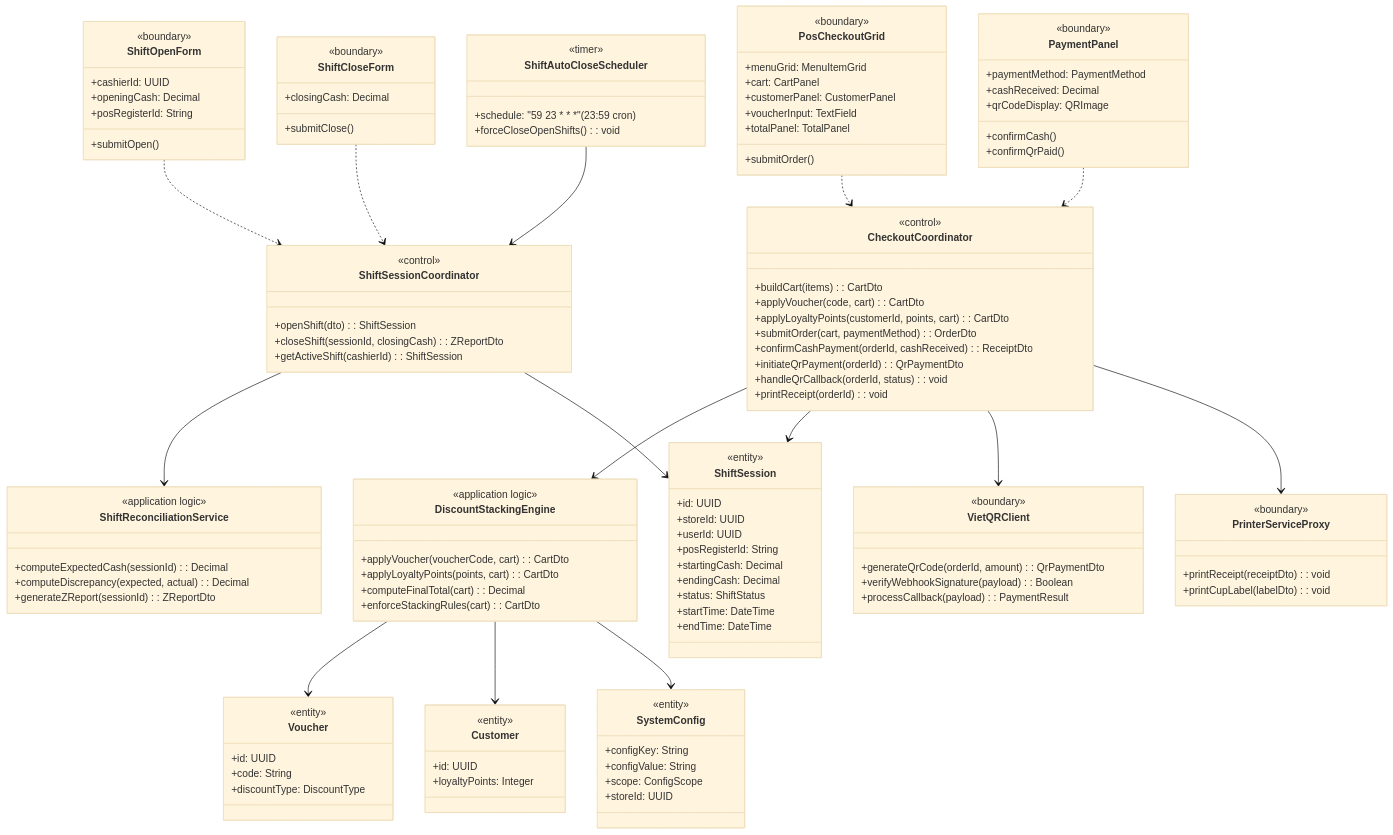
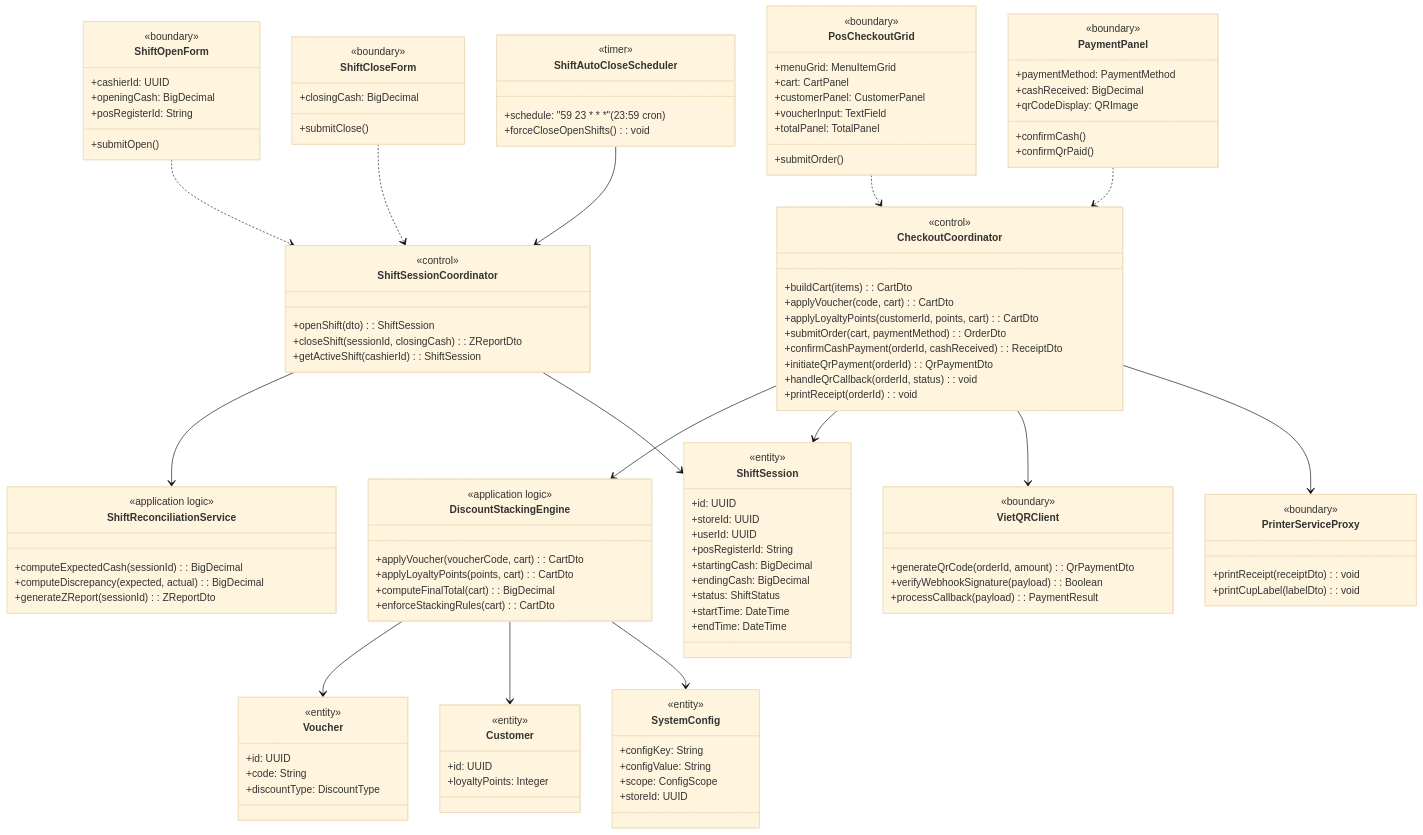
Before and after one commit to Shaichi/Khoga_coffe_shop: the first of 6 diagrams in rds_sections/10_detailed_3_7_pos_transaction.md, drawn with Mermaid (base theme). The commit also changed other lines of this file and 13 other files, not shown here.

Commit message:
docs(rds): Update User entity fields and change Decimal to BigDecimal

```diff
--- a/rds_sections/10_detailed_3_7_pos_transaction.md
+++ b/rds_sections/10_detailed_3_7_pos_transaction.md
@@ -11,7 +11,7 @@
     class ShiftOpenForm {
         <<boundary>>
         +cashierId: UUID
-        +openingCash: Decimal
+        +openingCash: BigDecimal
         +posRegisterId: String
         +submitOpen()
     }
@@ -27,14 +27,14 @@
     class PaymentPanel {
         <<boundary>>
         +paymentMethod: PaymentMethod
-        +cashReceived: Decimal
+        +cashReceived: BigDecimal
         +qrCodeDisplay: QRImage
         +confirmCash()
         +confirmQrPaid()
     }
     class ShiftCloseForm {
         <<boundary>>
-        +closingCash: Decimal
+        +closingCash: BigDecimal
         +submitClose()
     }
 
@@ -59,13 +59,13 @@
         <<application logic>>
         +applyVoucher(voucherCode, cart): CartDto
         +applyLoyaltyPoints(points, cart): CartDto
-        +computeFinalTotal(cart): Decimal
+        +computeFinalTotal(cart): BigDecimal
         +enforceStackingRules(cart): CartDto
     }
     class ShiftReconciliationService {
         <<application logic>>
-        +computeExpectedCash(sessionId): Decimal
-        +computeDiscrepancy(expected, actual): Decimal
+        +computeExpectedCash(sessionId): BigDecimal
+        +computeDiscrepancy(expected, actual): BigDecimal
         +generateZReport(sessionId): ZReportDto
     }
 
@@ -80,8 +80,8 @@
         +storeId: UUID
         +userId: UUID
         +posRegisterId: String
-        +startingCash: Decimal
-        +endingCash: Decimal
+        +startingCash: BigDecimal
+        +endingCash: BigDecimal
         +status: ShiftStatus
         +startTime: DateTime
         +endTime: DateTime
```
